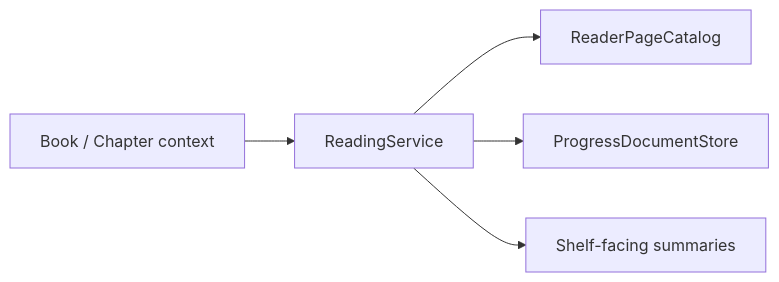
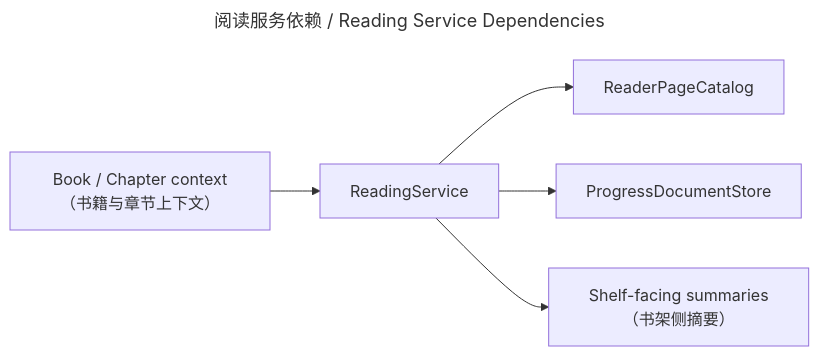
One commit to peakwheat-pixel/New-Manga changed the diagram in wiki/codewiki/reading.md. Above: the diagram before and after it, drawn with Mermaid. The commit also changed 16 other files, not shown here.

Commit message:
docs: apply bilingual diagram policy to CodeWiki diagrams

````diff
--- a/wiki/codewiki/reading.md
+++ b/wiki/codewiki/reading.md
@@ -35,7 +35,10 @@
 ```mermaid
+---
+title: 阅读服务依赖 / Reading Service Dependencies
+---
 flowchart LR
-    CONTEXT["Book / Chapter context"] --> SERVICE["ReadingService"]
+    CONTEXT["Book / Chapter context（书籍与章节上下文）"] --> SERVICE["ReadingService"]
     SERVICE --> CATALOG["ReaderPageCatalog"]
     SERVICE --> PROGRESS["ProgressDocumentStore"]
-    SERVICE --> SUMMARY["Shelf-facing summaries"]
+    SERVICE --> SUMMARY["Shelf-facing summaries（书架侧摘要）"]
 ```
````
